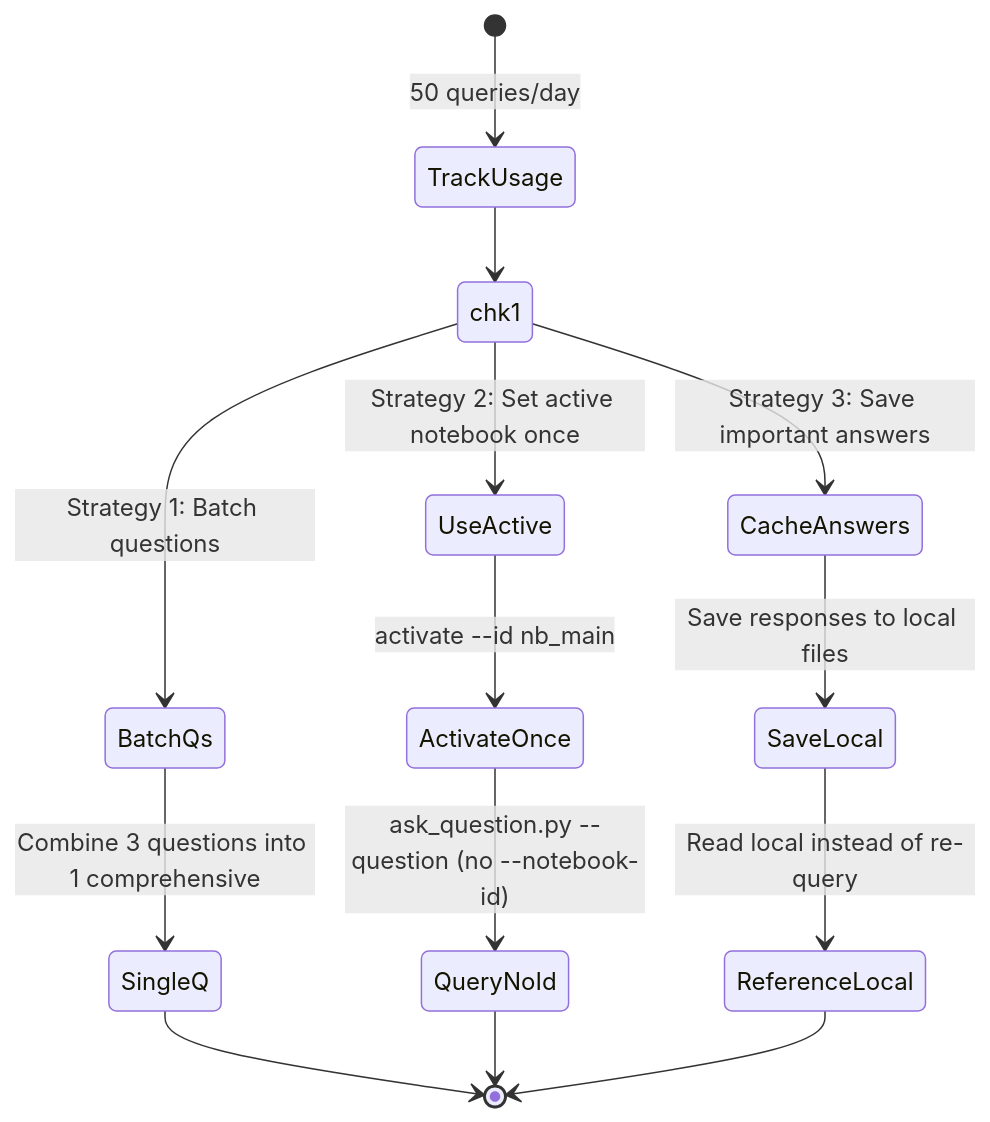
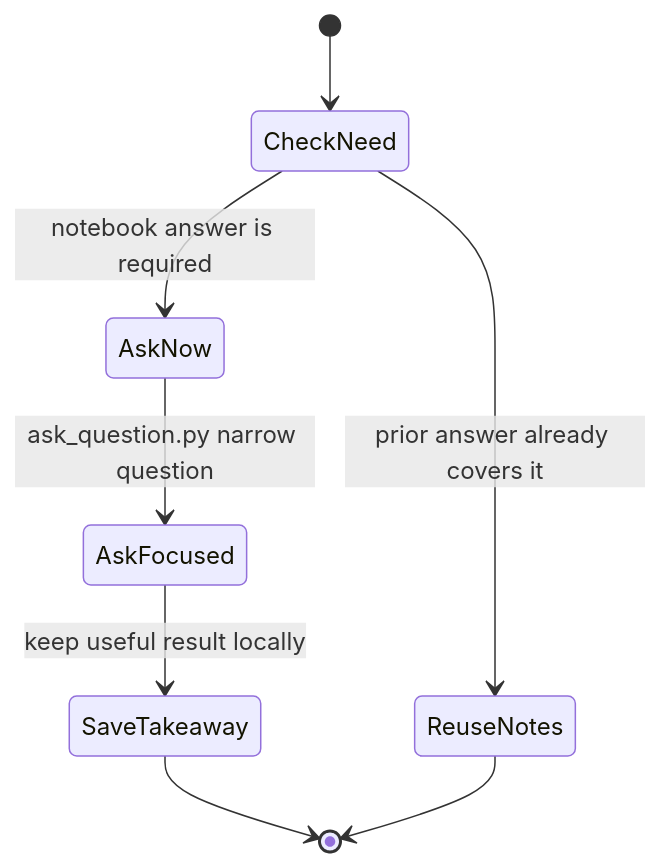
One commit to khengyun/notebooklm-experts-skill changed the eighth of 10 diagrams in references/best-practices.md. Above: the diagram before and after it, drawn with Mermaid. The commit also changed other lines of this file and 23 other files, not shown here.

````diff
--- a/references/best-practices.md
+++ b/references/best-practices.md
@@ -167,21 +179,13 @@
 ```mermaid
 stateDiagram-v2
-    [*] --> TrackUsage: 50 queries/day
+    [*] --> CheckNeed
 
-    TrackUsage --> chk1
-    state chk1 <<choice>>
-    chk1 --> BatchQs: Strategy 1: Batch questions
-    chk1 --> UseActive: Strategy 2: Set active notebook once
-    chk1 --> CacheAnswers: Strategy 3: Save important answers
+    state CheckNeed <<choice>>
+    CheckNeed --> AskNow: notebook answer is required
+    CheckNeed --> ReuseNotes: prior answer already covers it
 
-    BatchQs --> SingleQ: Combine 3 questions into 1 comprehensive
-    SingleQ --> [*]
-
-    UseActive --> ActivateOnce: activate --id nb_main
-    ActivateOnce --> QueryNoId: ask_question.py --question (no --notebook-id)
-    QueryNoId --> [*]
-
-    CacheAnswers --> SaveLocal: Save responses to local files
-    SaveLocal --> ReferenceLocal: Read local instead of re-query
-    ReferenceLocal --> [*]
+    AskNow --> AskFocused: ask_question.py narrow question
+    AskFocused --> SaveTakeaway: keep useful result locally
+    SaveTakeaway --> [*]
+    ReuseNotes --> [*]
 ```
````
